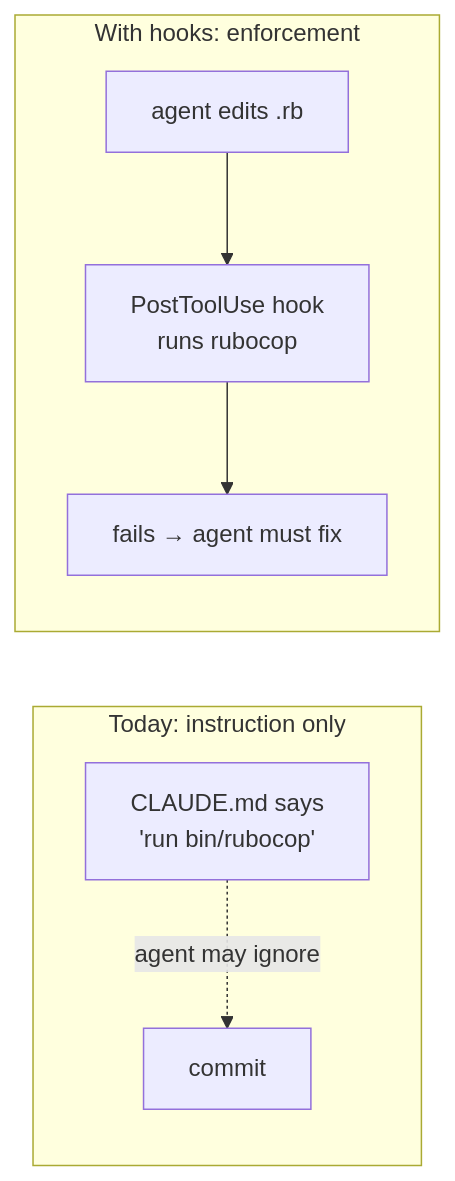
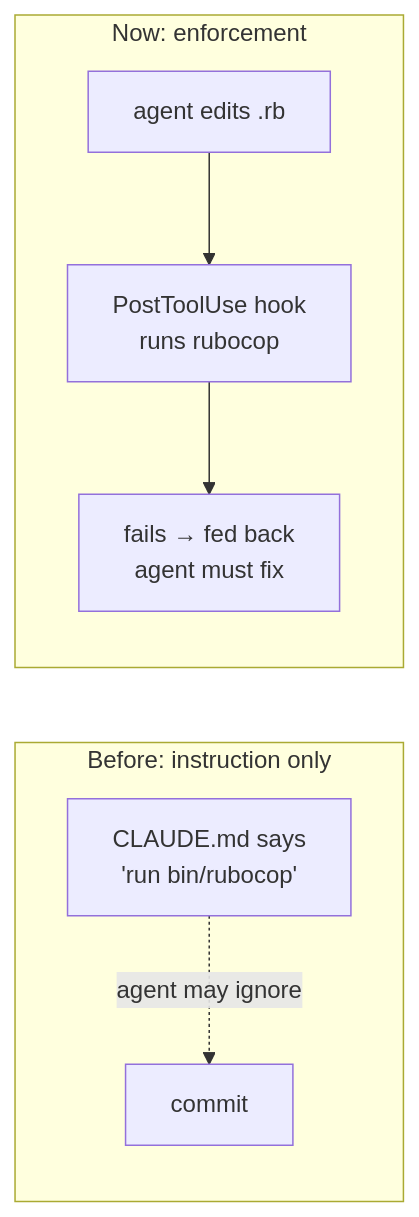
The second of 3 diagrams in docs/inventory.md (PositiveControl/rails-rocket-sheep), drawn with Mermaid before and after one commit. The commit also changed other lines of this file and 8 other files, not shown here.

````diff
--- a/docs/inventory.md
+++ b/docs/inventory.md
@@ -114,9 +114,9 @@
 ```mermaid
 flowchart LR
-  subgraph NOW ["Today: instruction only"]
+  subgraph BEFORE ["Before: instruction only"]
     A["CLAUDE.md says<br/>'run bin/rubocop'"] -.->|"agent may ignore"| B["commit"]
   end
-  subgraph NEXT ["With hooks: enforcement"]
-    C["agent edits .rb"] --> D["PostToolUse hook<br/>runs rubocop"] --> E["fails → agent must fix"]
+  subgraph AFTER ["Now: enforcement"]
+    C["agent edits .rb"] --> D["PostToolUse hook<br/>runs rubocop"] --> E["fails → fed back<br/>agent must fix"]
   end
 ```
````
